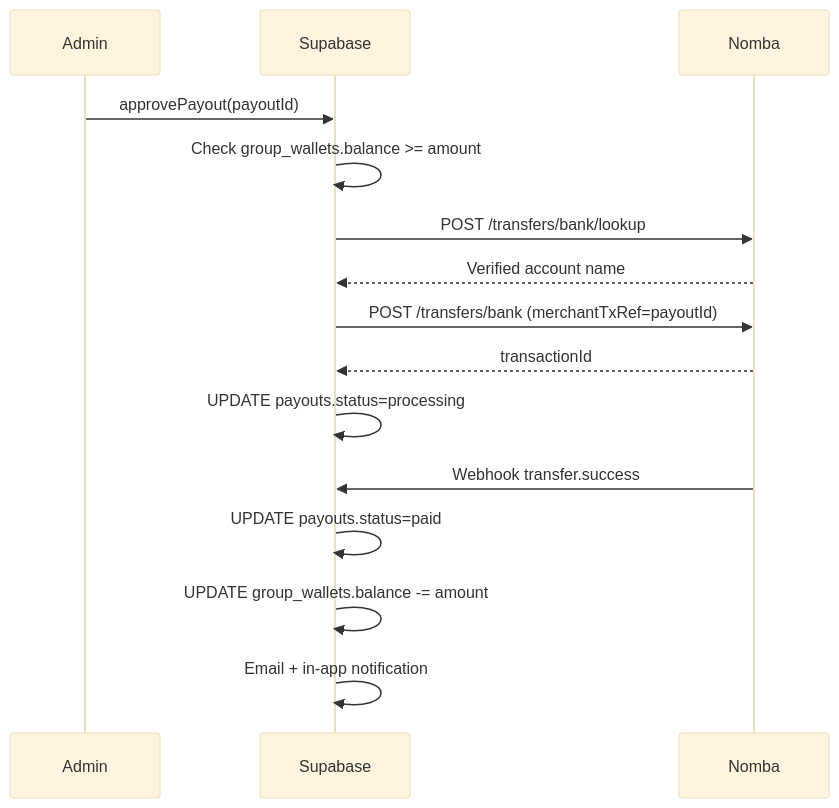
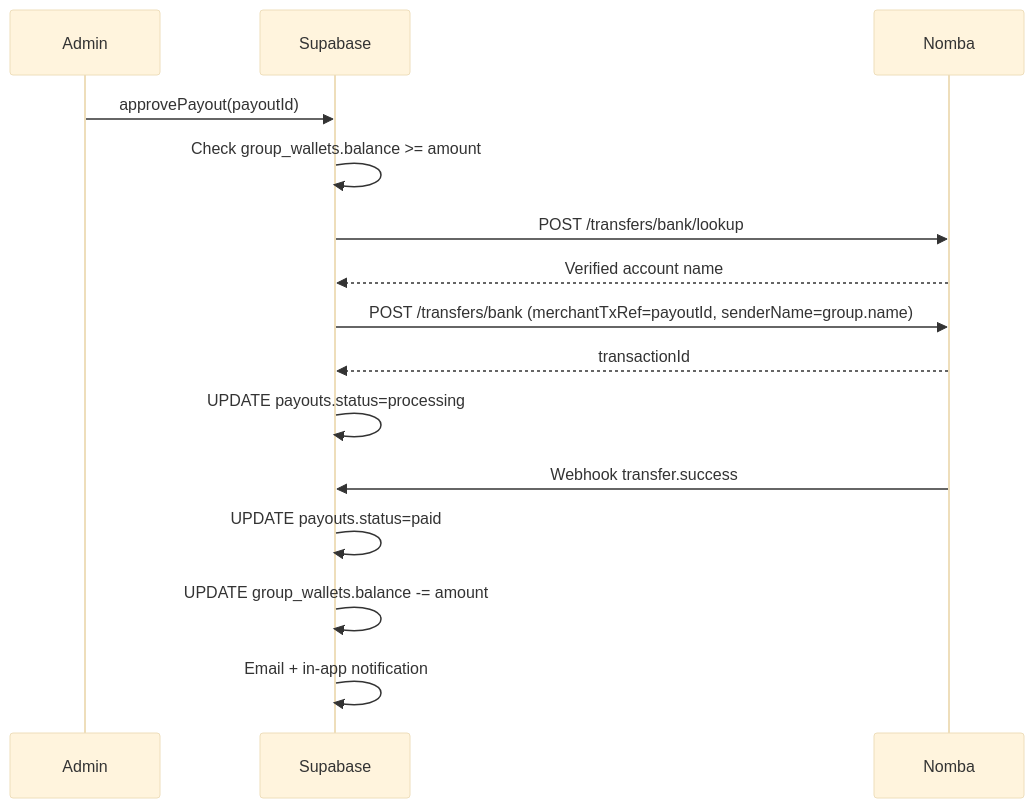
One commit to Ememzyvisuals/Ajoflow-hackathon changed the eighth of 10 diagrams in docs/architecture.md. Above: the diagram before and after it, drawn with Mermaid (base theme). The commit also changed other lines of this file and 34 other files, not shown here.

````diff
--- a/docs/architecture.md
+++ b/docs/architecture.md
@@ -186,18 +194,18 @@
 ```mermaid
 sequenceDiagram
     participant A as Admin
     participant DB as Supabase
     participant N as Nomba
 
     A->>DB: approvePayout(payoutId)
     DB->>DB: Check group_wallets.balance >= amount
     DB->>N: POST /transfers/bank/lookup
     N-->>DB: Verified account name
-    DB->>N: POST /transfers/bank (merchantTxRef=payoutId)
+    DB->>N: POST /transfers/bank (merchantTxRef=payoutId, senderName=group.name)
     N-->>DB: transactionId
     DB->>DB: UPDATE payouts.status=processing
     N->>DB: Webhook transfer.success
     DB->>DB: UPDATE payouts.status=paid
     DB->>DB: UPDATE group_wallets.balance -= amount
     DB->>DB: Email + in-app notification
 ```
````
